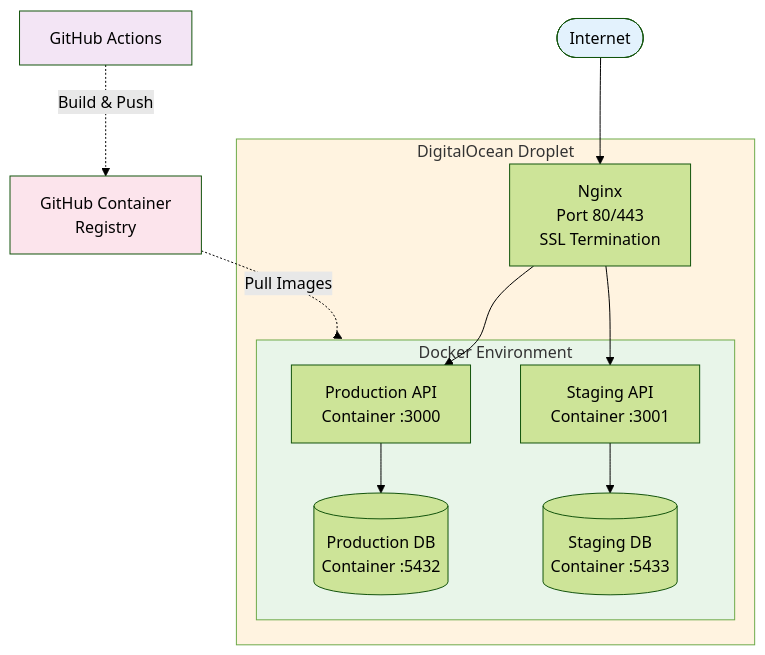
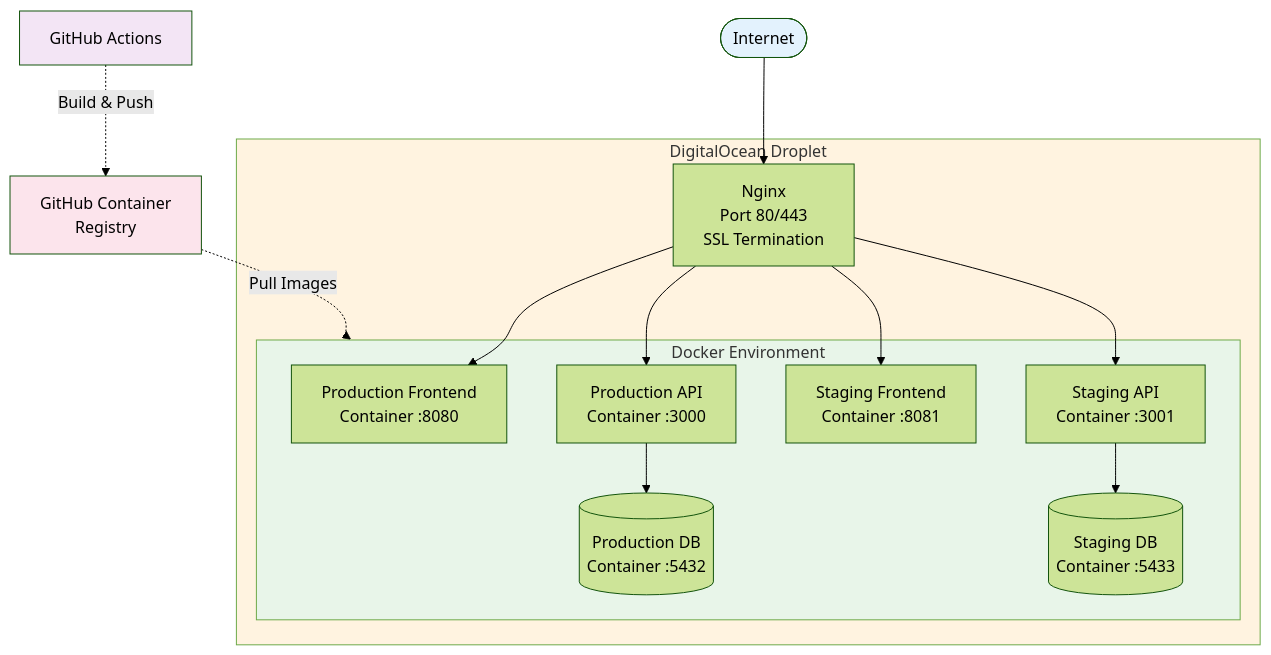
The diagram in DEPLOYMENT.md (nickzou/life-assistant), drawn with Mermaid (forest theme) before and after one commit. The commit also changed other lines of this file and 71 other files, not shown here.

````diff
--- a/DEPLOYMENT.md
+++ b/DEPLOYMENT.md
@@ -25,28 +26,32 @@
 ```mermaid
 graph TB
     Internet([Internet]) --> Nginx[Nginx<br/>Port 80/443<br/>SSL Termination]
 
     subgraph DigitalOcean["DigitalOcean Droplet"]
+        Nginx --> ProdFrontend[Production Frontend<br/>Container :8080]
         Nginx --> ProdAPI[Production API<br/>Container :3000]
+        Nginx --> StagingFrontend[Staging Frontend<br/>Container :8081]
         Nginx --> StagingAPI[Staging API<br/>Container :3001]
 
         ProdAPI --> ProdDB[(Production DB<br/>Container :5432)]
         StagingAPI --> StagingDB[(Staging DB<br/>Container :5433)]
 
         subgraph Docker["Docker Environment"]
+            ProdFrontend
             ProdAPI
             ProdDB
+            StagingFrontend
             StagingAPI
             StagingDB
         end
     end
 
     GitHub[GitHub Actions] -.->|Build & Push| Registry[GitHub Container<br/>Registry]
     Registry -.->|Pull Images| Docker
 
     style Internet fill:#e3f2fd
     style DigitalOcean fill:#fff3e0
     style Docker fill:#e8f5e9
     style GitHub fill:#f3e5f5
     style Registry fill:#fce4ec
 ```
````
